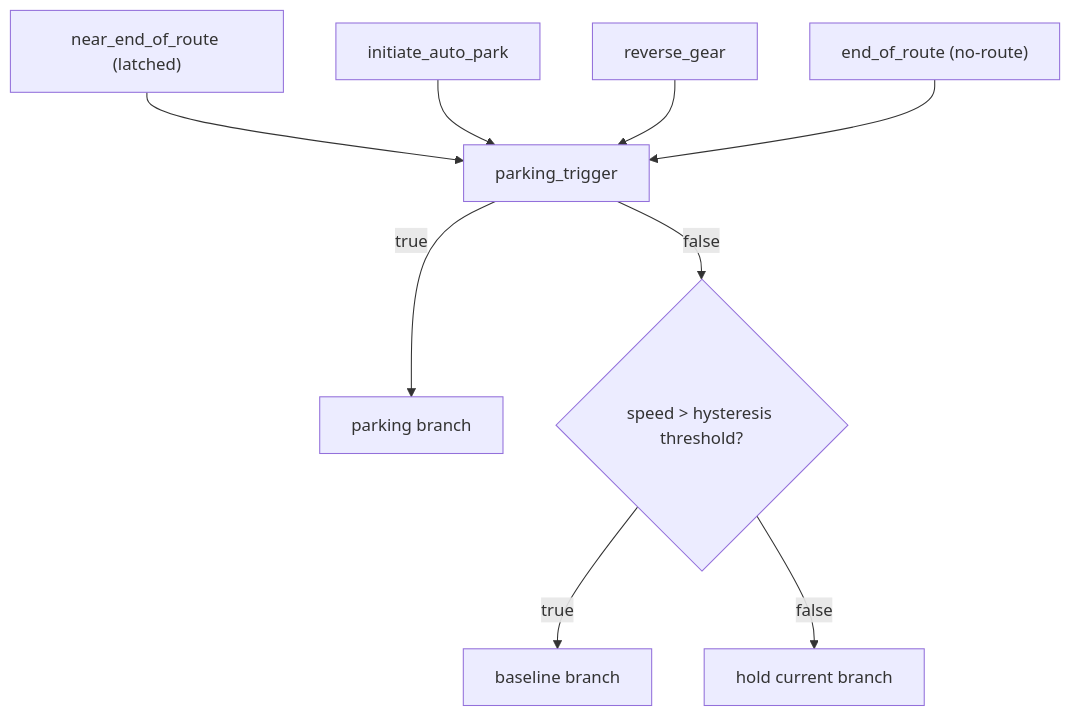
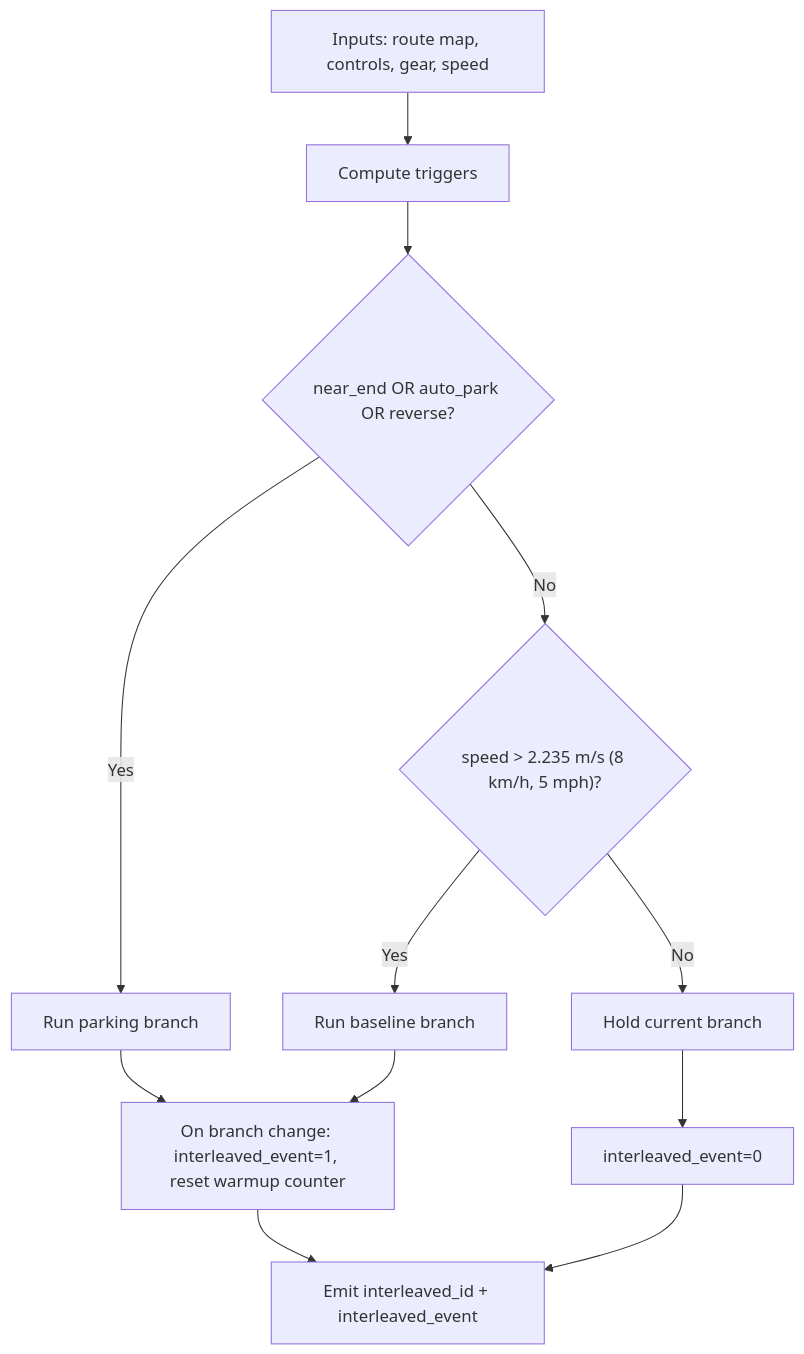
Before and after one commit to borisindelman-oss/vault: the second of 3 diagrams in newsletters/newsletter_interleaving-models-in-parking-deployment-wrapper.md, drawn with Mermaid. The commit also changed other lines of this file, not shown here.

````diff
--- a/newsletters/newsletter_interleaving-models-in-parking-deployment-wrapper.md
+++ b/newsletters/newsletter_interleaving-models-in-parking-deployment-wrapper.md
@@ -37,11 +80,14 @@
 ```mermaid
 flowchart TD
-    A["near_end_of_route (latched)"] --> E["parking_trigger"]
-    B["initiate_auto_park"] --> E
-    C["reverse_gear"] --> E
-    D["end_of_route (no-route)"] --> E
-    E -->|true| F["parking branch"]
-    E -->|false| G{"speed > hysteresis threshold?"}
-    G -->|true| H["baseline branch"]
-    G -->|false| I["hold current branch"]
+    A["Inputs: route map, controls, gear, speed"] --> B["Compute triggers"]
+    B --> C{"near_end OR auto_park OR reverse?"}
+    C -->|Yes| D["Run parking branch"]
+    C -->|No| E{"speed > 2.235 m/s (8 km/h, 5 mph)?"}
+    E -->|Yes| F["Run baseline branch"]
+    E -->|No| G["Hold current branch"]
+    D --> H["On branch change: interleaved_event=1, reset warmup counter"]
+    F --> H
+    G --> I["interleaved_event=0"]
+    H --> J["Emit interleaved_id + interleaved_event"]
+    I --> J
 ```
````
